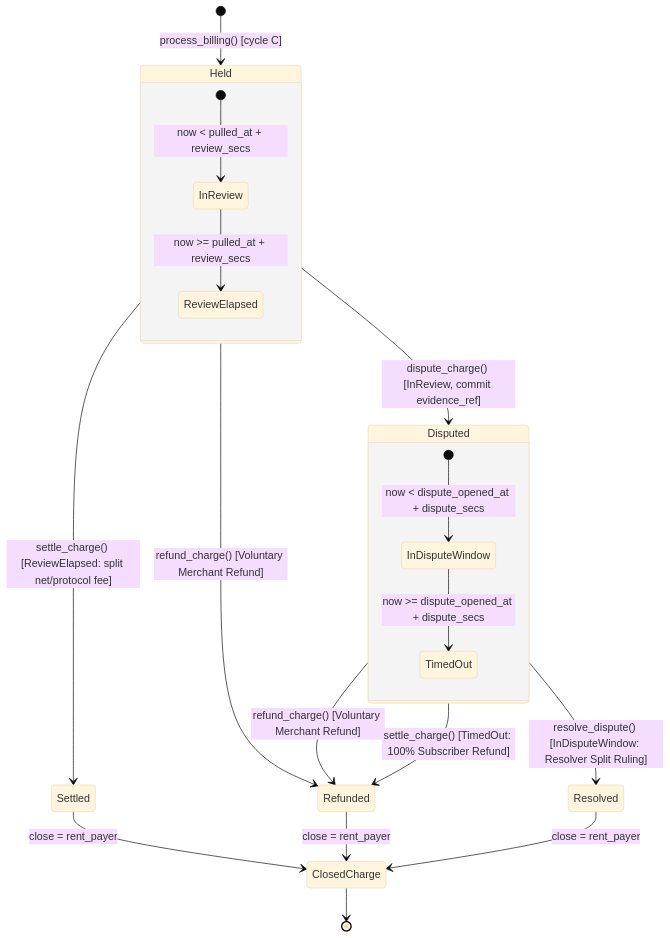
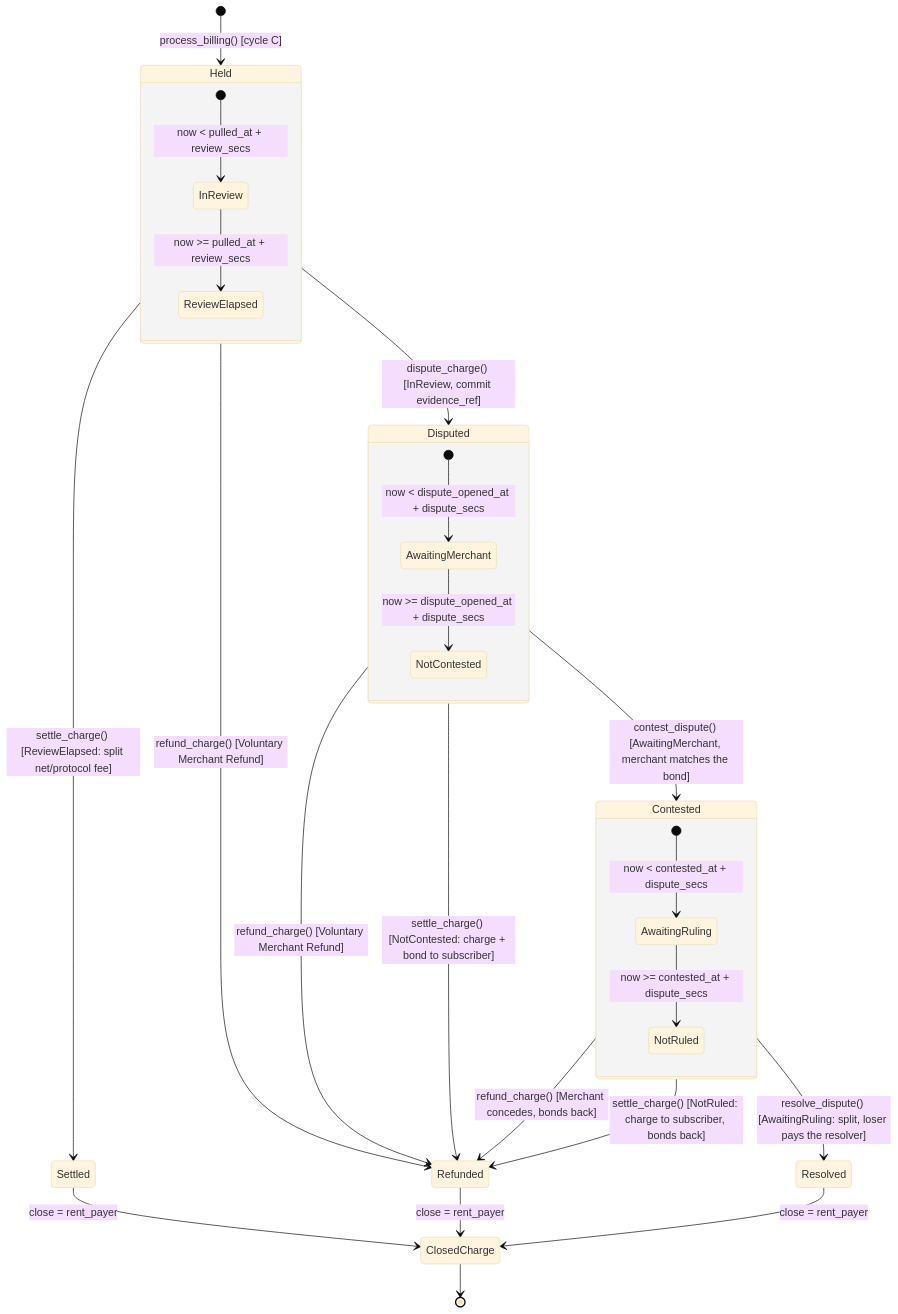
The fourth of 4 diagrams in docs/SECURITY_AUDIT.md (Anon1one/recora), drawn with Mermaid (base theme) before and after one commit. The commit also changed other lines of this file and 53 other files, not shown here.

````diff
--- a/docs/SECURITY_AUDIT.md
+++ b/docs/SECURITY_AUDIT.md
@@ -300,27 +319,36 @@
 ```mermaid
 stateDiagram-v2
     [*] --> Held: process_billing() [cycle C]
 
     state Held {
         [*] --> InReview: now < pulled_at + review_secs
         InReview --> ReviewElapsed: now >= pulled_at + review_secs
     }
 
     Held --> Disputed: dispute_charge() [InReview, commit evidence_ref]
     Held --> Settled: settle_charge() [ReviewElapsed: split net/protocol fee]
     Held --> Refunded: refund_charge() [Voluntary Merchant Refund]
 
     state Disputed {
-        [*] --> InDisputeWindow: now < dispute_opened_at + dispute_secs
-        InDisputeWindow --> TimedOut: now >= dispute_opened_at + dispute_secs
+        [*] --> AwaitingMerchant: now < dispute_opened_at + dispute_secs
+        AwaitingMerchant --> NotContested: now >= dispute_opened_at + dispute_secs
     }
 
-    Disputed --> Resolved: resolve_dispute() [InDisputeWindow: Resolver Split Ruling]
+    Disputed --> Contested: contest_dispute() [AwaitingMerchant, merchant matches the bond]
     Disputed --> Refunded: refund_charge() [Voluntary Merchant Refund]
-    Disputed --> Refunded: settle_charge() [TimedOut: 100% Subscriber Refund]
+    Disputed --> Refunded: settle_charge() [NotContested: charge + bond to subscriber]
+
+    state Contested {
+        [*] --> AwaitingRuling: now < contested_at + dispute_secs
+        AwaitingRuling --> NotRuled: now >= contested_at + dispute_secs
+    }
+
+    Contested --> Resolved: resolve_dispute() [AwaitingRuling: split, loser pays the resolver]
+    Contested --> Refunded: refund_charge() [Merchant concedes, bonds back]
+    Contested --> Refunded: settle_charge() [NotRuled: charge to subscriber, bonds back]
 
     Settled --> ClosedCharge: close = rent_payer
     Refunded --> ClosedCharge: close = rent_payer
     Resolved --> ClosedCharge: close = rent_payer
     ClosedCharge --> [*]
 ```
````
